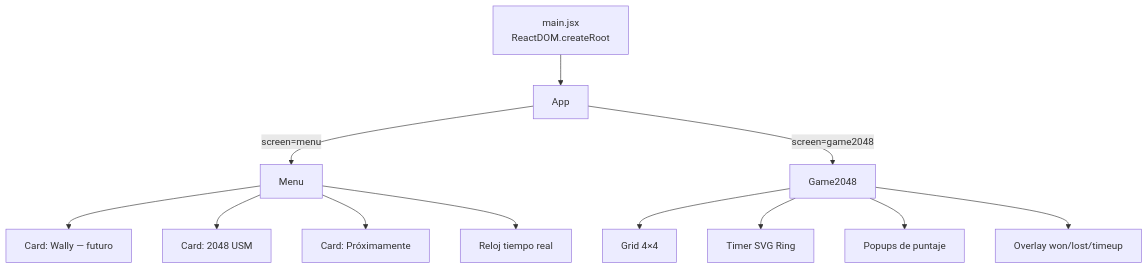
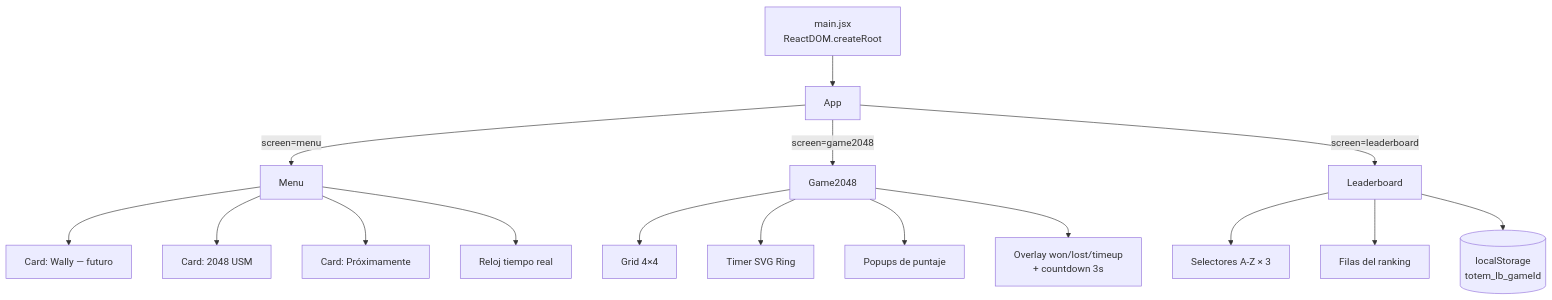
The second of 3 diagrams in ARCHITECTURE.md (craulii/totem-usm-admision), drawn with Mermaid before and after one commit. The commit also changed other lines of this file and 7 other files, not shown here.

First line of the commit message:
feat(leaderboard): sistema arcade de ranking con entrada de 3 iniciales

````diff
--- a/ARCHITECTURE.md
+++ b/ARCHITECTURE.md
@@ -38,17 +38,22 @@
 ```mermaid
 graph TD
     Root[main.jsx\nReactDOM.createRoot] --> App
 
     App -->|screen=menu| Menu
     App -->|screen=game2048| Game2048
+    App -->|screen=leaderboard| Leaderboard
 
     Menu --> GameCard1[Card: Wally — futuro]
     Menu --> GameCard2[Card: 2048 USM]
     Menu --> GameCard3[Card: Próximamente]
     Menu --> Clock[Reloj tiempo real]
 
     Game2048 --> Board[Grid 4×4]
     Game2048 --> TimerRing[Timer SVG Ring]
     Game2048 --> ScorePop[Popups de puntaje]
-    Game2048 --> Overlay[Overlay won/lost/timeup]
+    Game2048 --> Overlay[Overlay won/lost/timeup\n+ countdown 3s]
+
+    Leaderboard --> LetterSlot[Selectores A-Z × 3]
+    Leaderboard --> ScoreRow[Filas del ranking]
+    Leaderboard --> LocalStorage[(localStorage\ntotem_lb_gameId)]
 ```
````
